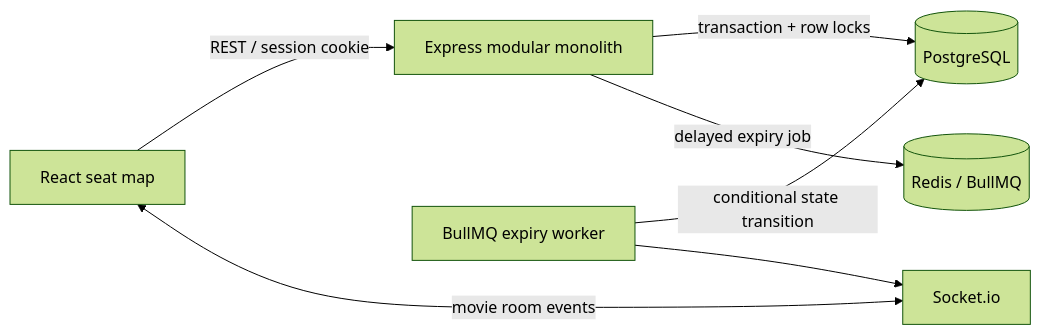
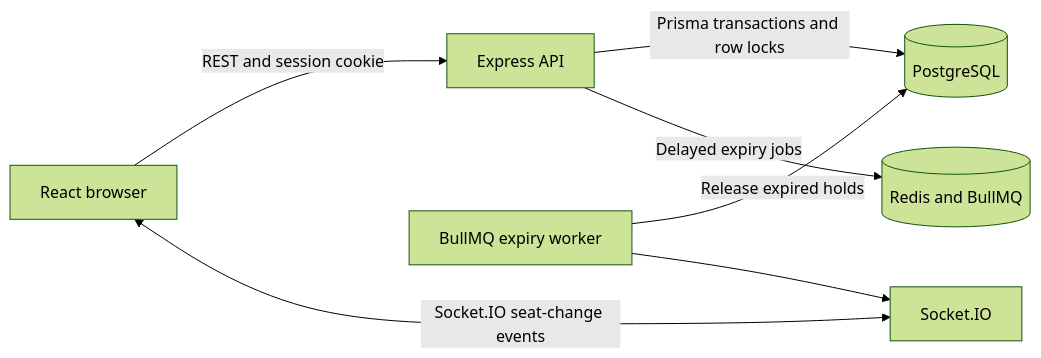
Before and after one commit to rish150-singh/cinelock-cinemabooking: the diagram in README.md, drawn with Mermaid (forest theme). The commit also changed other lines of this file, not shown here.

````diff
--- a/README.md
+++ b/README.md
@@ -42,9 +55,9 @@
 ```mermaid
 flowchart LR
-  Browser[React seat map] -->|REST / session cookie| API[Express modular monolith]
-  Browser <-->|movie room events| Socket[Socket.io]
-  API -->|transaction + row locks| PG[(PostgreSQL)]
-  API -->|delayed expiry job| Redis[(Redis / BullMQ)]
-  Worker[BullMQ expiry worker] -->|conditional state transition| PG
+  Browser[React browser] -->|REST and session cookie| API[Express API]
+  Browser <-->|Socket.IO seat-change events| Socket[Socket.IO]
+  API -->|Prisma transactions and row locks| PG[(PostgreSQL)]
+  API -->|Delayed expiry jobs| Redis[(Redis and BullMQ)]
+  Worker[BullMQ expiry worker] -->|Release expired holds| PG
   Worker --> Socket
 ```
````
